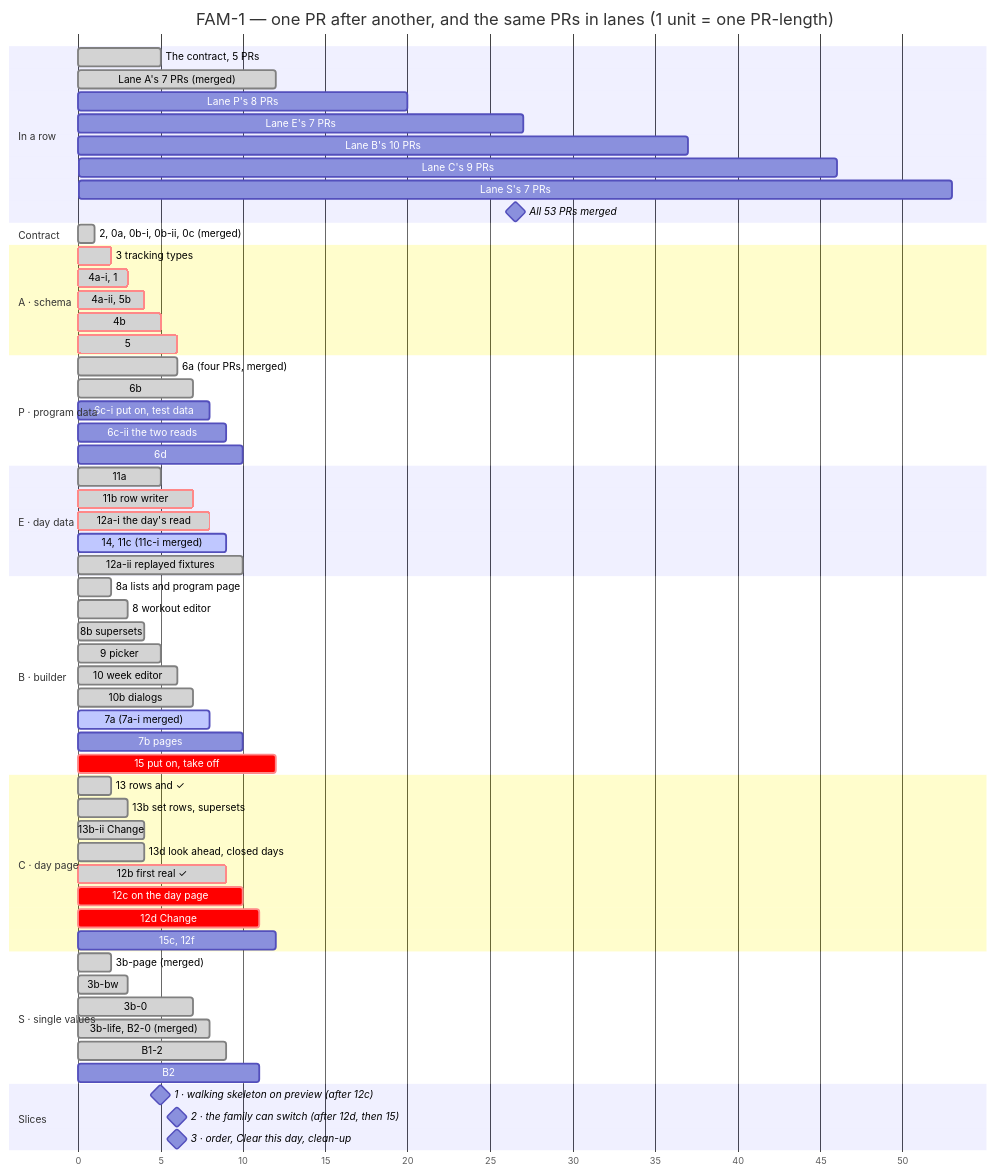
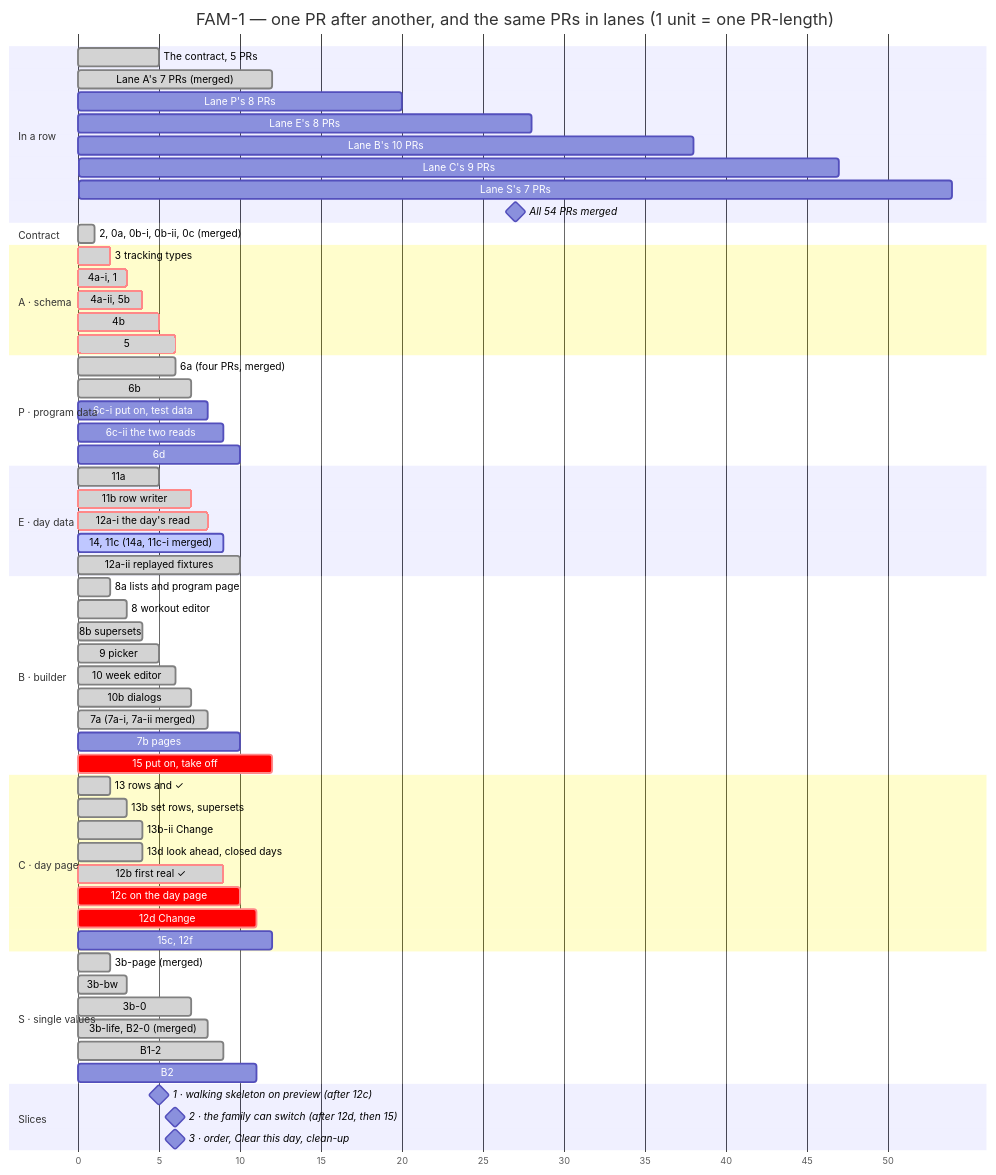
The second of 2 diagrams in docs/milestones/fam-1-family-program.md (ralamode/mat-plan), drawn with Mermaid before and after one commit. The commit also changed other lines of this file and 1 other file, not shown here.

````diff
--- a/docs/milestones/fam-1-family-program.md
+++ b/docs/milestones/fam-1-family-program.md
@@ -260,75 +260,75 @@
 ```mermaid
 gantt
   title FAM-1 — one PR after another, and the same PRs in lanes (1 unit = one PR-length)
   dateFormat X
   axisFormat %s
   todayMarker off
 
   section In a row
   The contract, 5 PRs          :done, r0, 0, 5
   Lane A's 7 PRs (merged)      :done, r1, 5, 12
   Lane P's 8 PRs               :r2, 12, 20
-  Lane E's 7 PRs               :r3, 20, 27
-  Lane B's 10 PRs              :r4, 27, 37
-  Lane C's 9 PRs               :r5, 37, 46
-  Lane S's 7 PRs               :r6, 46, 53
-  All 53 PRs merged            :milestone, rm, 53, 53
+  Lane E's 8 PRs               :r3, 20, 28
+  Lane B's 10 PRs              :r4, 28, 38
+  Lane C's 9 PRs               :r5, 38, 47
+  Lane S's 7 PRs               :r6, 47, 54
+  All 54 PRs merged            :milestone, rm, 54, 54
 
   section Contract
   2, 0a, 0b-i, 0b-ii, 0c (merged) :done, c0, 0, 1
 
   section A · schema
   3 tracking types             :crit, done, a1, 1, 2
   4a-i, 1                      :crit, done, a2, 2, 3
   4a-ii, 5b                    :crit, done, a3, 3, 4
   4b                           :crit, done, a4, 4, 5
   5                            :crit, done, a5, 5, 6
 
   section P · program data
   6a (four PRs, merged)        :done, p1, 5, 6
   6b                           :done, p2, 6, 7
   6c-i put on, test data       :p3, 7, 8
   6c-ii the two reads          :p3b, 8, 9
   6d                           :p4, 9, 10
 
   section E · day data
   11a                          :done, e1, 4, 5
   11b row writer               :crit, done, e2, 5, 7
   12a-i the day's read         :crit, done, e3, 7, 8
-  14, 11c (11c-i merged)       :active, e4, 8, 9
+  14, 11c (14a, 11c-i merged)  :active, e4, 8, 9
   12a-ii replayed fixtures     :done, e5, 9, 10
 
   section B · builder
   8a lists and program page    :done, b1, 1, 2
   8 workout editor             :done, b2, 2, 3
   8b supersets                 :done, b3, 3, 4
   9 picker                     :done, b4, 4, 5
   10 week editor               :done, b5, 5, 6
   10b dialogs                  :done, b6, 6, 7
-  7a (7a-i merged)             :active, b7, 7, 8
+  7a (7a-i, 7a-ii merged)      :done, b7, 7, 8
   7b pages                     :b8, 9, 10
   15 put on, take off          :crit, b9, 11, 12
 
   section C · day page
   13 rows and ✓                :done, c1, 1, 2
   13b set rows, supersets      :done, c2, 2, 3
   13b-ii Change                :done, c2b, 3, 4
   13d look ahead, closed days  :done, c3, 3, 4
   12b first real ✓             :crit, done, c4, 8, 9
   12c on the day page          :crit, c5, 9, 10
   12d Change                   :crit, c6, 10, 11
   15c, 12f                     :c7, 11, 12
 
   section S · single values
   3b-page (merged)             :done, s1, 1, 2
   3b-bw                        :done, s2, 2, 3
   3b-0                         :done, s3, 6, 7
   3b-life, B2-0 (merged)       :done, s4, 7, 8
   B1-2                         :done, s5, 8, 9
   B2                           :s6, 10, 11
 
   section Slices
   1 · walking skeleton on preview (after 12c) :milestone, m1, 10, 10
   2 · the family can switch (after 12d, then 15) :milestone, m2, 12, 12
   3 · order, Clear this day, clean-up         :milestone, m3, 12, 12
 ```
````
